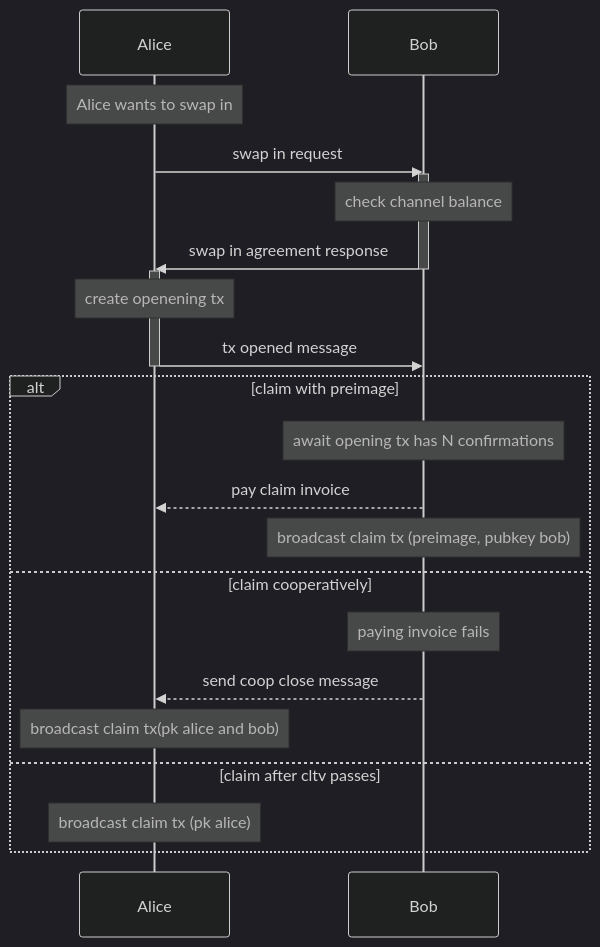
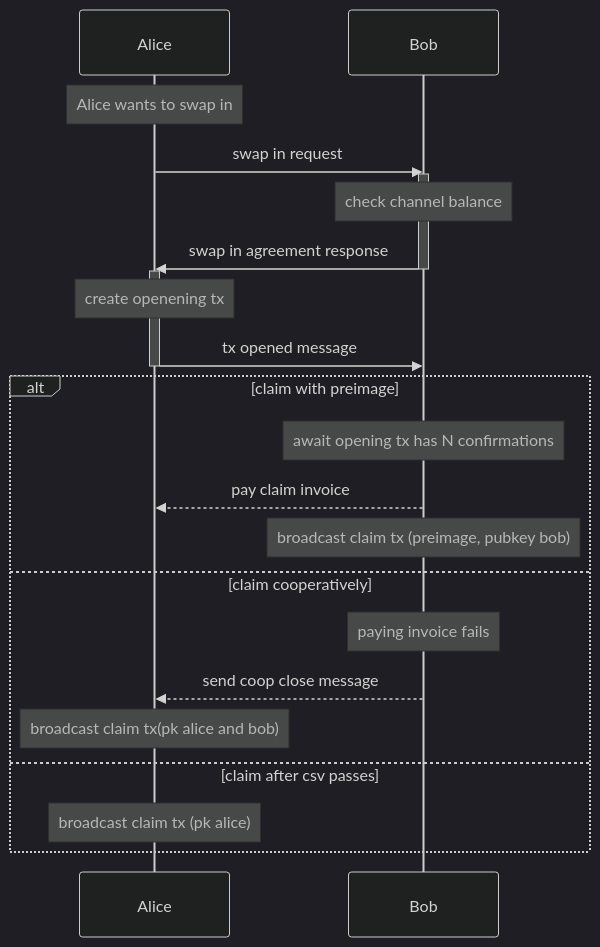
One commit to ElementsProject/peerswap changed the diagram in docs/mmd/swap-in-sequence.md. Above: the diagram before and after it, drawn with Mermaid (dark theme). The commit also changed 33 other files, not shown here.

````diff
--- a/docs/mmd/swap-in-sequence.md
+++ b/docs/mmd/swap-in-sequence.md
@@ -1,28 +1,28 @@
 ```mermaid
 sequenceDiagram
 participant A as Alice
 participant B as Bob
 
 Note over A: Alice wants to swap in
 
 A->>B: swap in request
 activate B
 Note over B: check channel balance
 B->>A: swap in agreement response
 deactivate B
 activate A
 Note over A: create openening tx
 A->>B: tx opened message
 deactivate A
 alt claim with preimage
 Note over B: await opening tx has N confirmations
 B-->>A: pay claim invoice
 Note over B: broadcast claim tx (preimage, pubkey bob)
 else claim cooperatively
 Note over B: paying invoice fails
 B-->>A: send coop close message
 Note over A: broadcast claim tx(pk alice and bob)
-else claim after cltv passes
+else claim after csv passes
 Note over A: broadcast claim tx (pk alice)
 end
 ```
````
